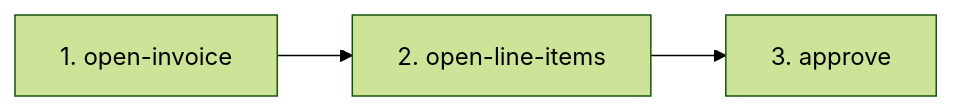
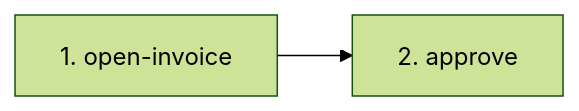
Before and after one commit to tounsoo/agent-design-loop: the fifth of 11 diagrams in docs/how-it-works.md, drawn with Mermaid (forest theme). The commit also changed other lines of this file and 10 other files, not shown here.

First line of the commit message:
Record the invoice approval flow as 2 steps (#12)

````diff
--- a/docs/how-it-works.md
+++ b/docs/how-it-works.md
@@ -173,4 +173,4 @@
 ```mermaid
 flowchart LR
-  open["1. open-invoice"] --> lines["2. open-line-items"] --> approve["3. approve"]
+  open["1. open-invoice"] --> approve["2. approve"]
 ```
````
